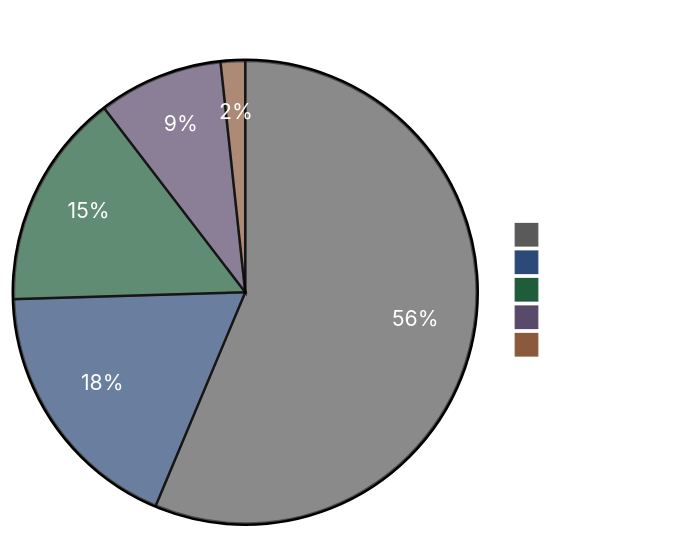
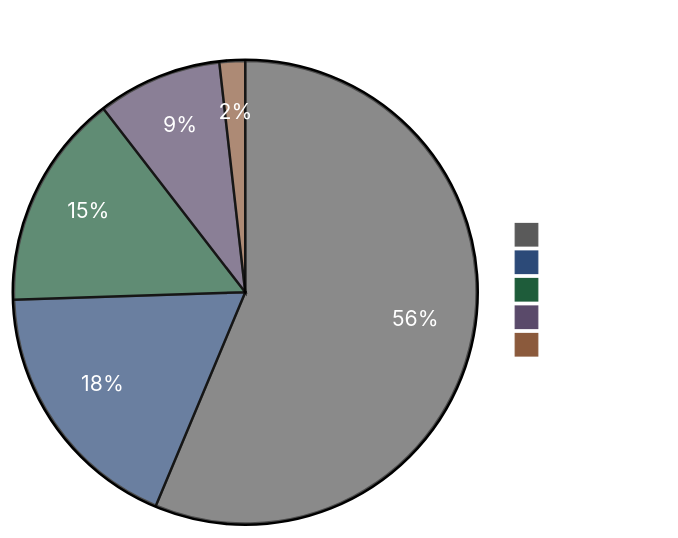
One commit to ccmeteorljh/reco-arxiv-daily changed the diagram in README.md. Above: the diagram before and after it, drawn with Mermaid. The commit also changed other lines of this file and 7 other files, not shown here.

````diff
--- a/README.md
+++ b/README.md
@@ -6,19 +6,19 @@
 ```mermaid
 %%{init: {'theme':'base', 'themeVariables': {
   'pie1':'#5a5a5a',
   'pie2':'#2c4a78',
   'pie3':'#1e5c3a',
   'pie4':'#5a4a6a',
   'pie5':'#8b5a3c',
   'pieTitleTextColor':'#ffffff',
   'pieSectionTextColor':'#ffffff',
   'pieLegendTextColor':'#ffffff'
 }}}%%
 pie showData
 title Paper Distribution by Tag
-  "Other" : 628
+  "Other" : 629
   "LLM" : 203
   "GR" : 168
   "Seq" : 97
-  "Scaling" : 19
+  "Scaling" : 20
 ```
````
